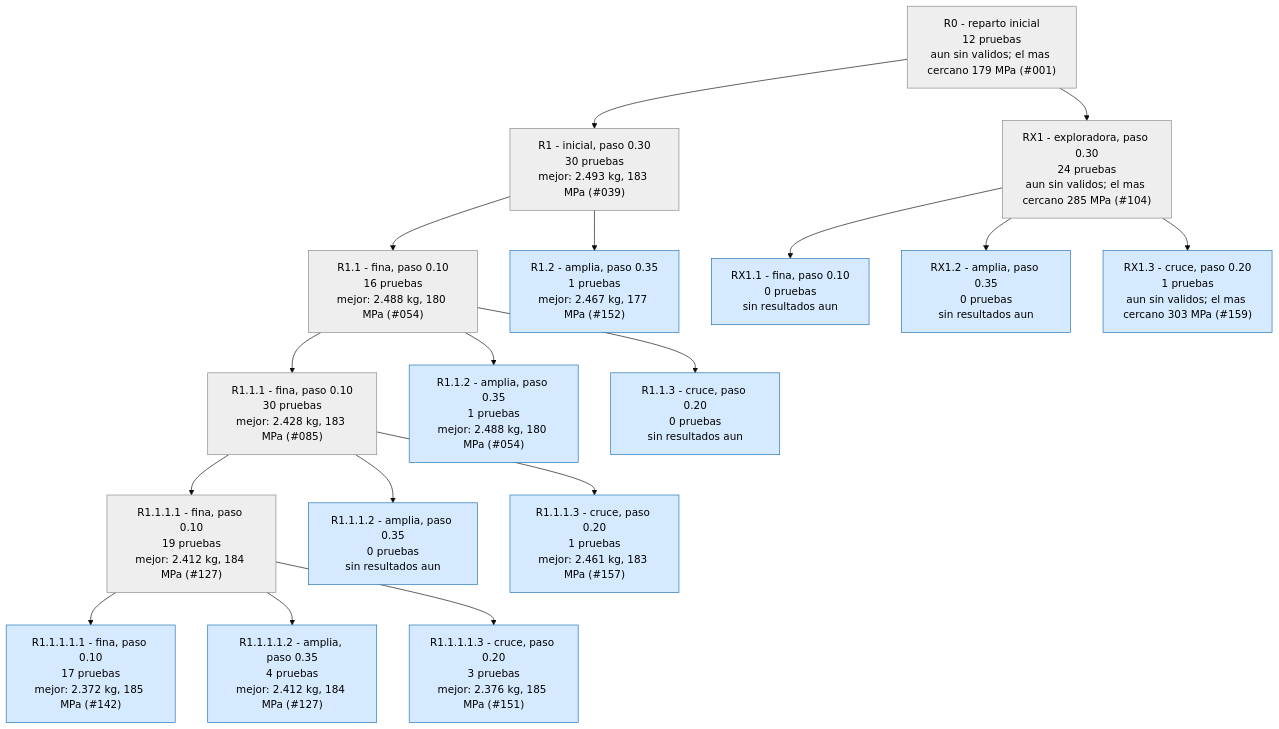
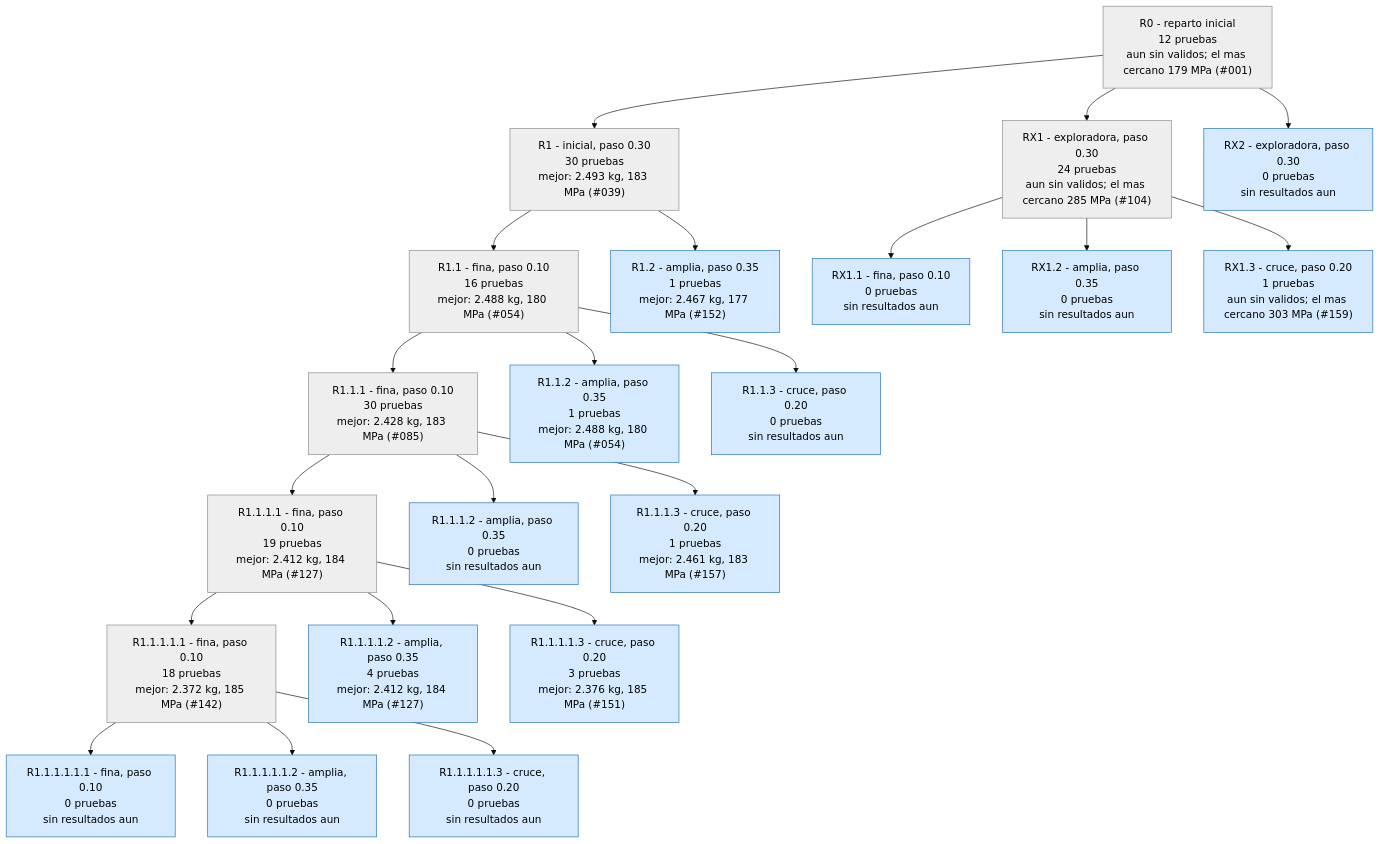
The first of 3 diagrams in runs/opt_37800N/ARBOL.md (Hugiko/msd-soporte-optimizacion), drawn with Mermaid (base theme) before and after one commit. The commit also changed 22 other files, not shown here.

````diff
--- a/runs/opt_37800N/ARBOL.md
+++ b/runs/opt_37800N/ARBOL.md
@@ -9,39 +9,47 @@
 ```mermaid
 graph TD
 classDef activa fill:#d6eaff,stroke:#1f6fb5,color:#000
 classDef fin fill:#eeeeee,stroke:#888,color:#000
 classDef mejor fill:#c8f0c0,stroke:#1a9850,stroke-width:4px,color:#000
 R0["R0 - reparto inicial<br/>12 pruebas<br/>aun sin validos; el mas cercano 179 MPa (#001)"]:::fin
 R1["R1 - inicial, paso 0.30<br/>30 pruebas<br/>mejor: 2.493 kg, 183 MPa (#039)"]:::fin
 R0 --> R1
 R1_1["R1.1 - fina, paso 0.10<br/>16 pruebas<br/>mejor: 2.488 kg, 180 MPa (#054)"]:::fin
 R1 --> R1_1
 R1_2["R1.2 - amplia, paso 0.35<br/>1 pruebas<br/>mejor: 2.467 kg, 177 MPa (#152)"]:::activa
 R1 --> R1_2
 R1_1_1["R1.1.1 - fina, paso 0.10<br/>30 pruebas<br/>mejor: 2.428 kg, 183 MPa (#085)"]:::fin
 R1_1 --> R1_1_1
 R1_1_2["R1.1.2 - amplia, paso 0.35<br/>1 pruebas<br/>mejor: 2.488 kg, 180 MPa (#054)"]:::activa
 R1_1 --> R1_1_2
 R1_1_3["R1.1.3 - cruce, paso 0.20<br/>0 pruebas<br/>sin resultados aun"]:::activa
 R1_1 --> R1_1_3
 R1_1_1_1["R1.1.1.1 - fina, paso 0.10<br/>19 pruebas<br/>mejor: 2.412 kg, 184 MPa (#127)"]:::fin
 R1_1_1 --> R1_1_1_1
 R1_1_1_2["R1.1.1.2 - amplia, paso 0.35<br/>0 pruebas<br/>sin resultados aun"]:::activa
 R1_1_1 --> R1_1_1_2
 R1_1_1_3["R1.1.1.3 - cruce, paso 0.20<br/>1 pruebas<br/>mejor: 2.461 kg, 183 MPa (#157)"]:::activa
 R1_1_1 --> R1_1_1_3
 RX1["RX1 - exploradora, paso 0.30<br/>24 pruebas<br/>aun sin validos; el mas cercano 285 MPa (#104)"]:::fin
 R0 --> RX1
 RX1_1["RX1.1 - fina, paso 0.10<br/>0 pruebas<br/>sin resultados aun"]:::activa
 RX1 --> RX1_1
 RX1_2["RX1.2 - amplia, paso 0.35<br/>0 pruebas<br/>sin resultados aun"]:::activa
 RX1 --> RX1_2
 RX1_3["RX1.3 - cruce, paso 0.20<br/>1 pruebas<br/>aun sin validos; el mas cercano 303 MPa (#159)"]:::activa
 RX1 --> RX1_3
-R1_1_1_1_1["R1.1.1.1.1 - fina, paso 0.10<br/>17 pruebas<br/>mejor: 2.372 kg, 185 MPa (#142)"]:::activa
+R1_1_1_1_1["R1.1.1.1.1 - fina, paso 0.10<br/>18 pruebas<br/>mejor: 2.372 kg, 185 MPa (#142)"]:::fin
 R1_1_1_1 --> R1_1_1_1_1
 R1_1_1_1_2["R1.1.1.1.2 - amplia, paso 0.35<br/>4 pruebas<br/>mejor: 2.412 kg, 184 MPa (#127)"]:::activa
 R1_1_1_1 --> R1_1_1_1_2
 R1_1_1_1_3["R1.1.1.1.3 - cruce, paso 0.20<br/>3 pruebas<br/>mejor: 2.376 kg, 185 MPa (#151)"]:::activa
 R1_1_1_1 --> R1_1_1_1_3
+R1_1_1_1_1_1["R1.1.1.1.1.1 - fina, paso 0.10<br/>0 pruebas<br/>sin resultados aun"]:::activa
+R1_1_1_1_1 --> R1_1_1_1_1_1
+R1_1_1_1_1_2["R1.1.1.1.1.2 - amplia, paso 0.35<br/>0 pruebas<br/>sin resultados aun"]:::activa
+R1_1_1_1_1 --> R1_1_1_1_1_2
+R1_1_1_1_1_3["R1.1.1.1.1.3 - cruce, paso 0.20<br/>0 pruebas<br/>sin resultados aun"]:::activa
+R1_1_1_1_1 --> R1_1_1_1_1_3
+RX2["RX2 - exploradora, paso 0.30<br/>0 pruebas<br/>sin resultados aun"]:::activa
+R0 --> RX2
 ```
````
